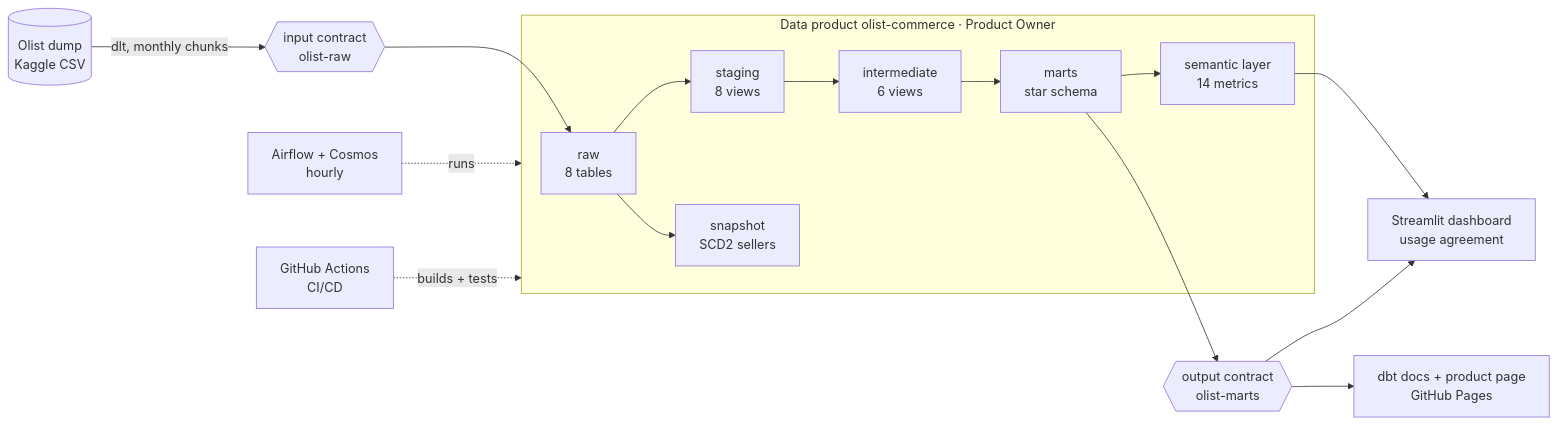
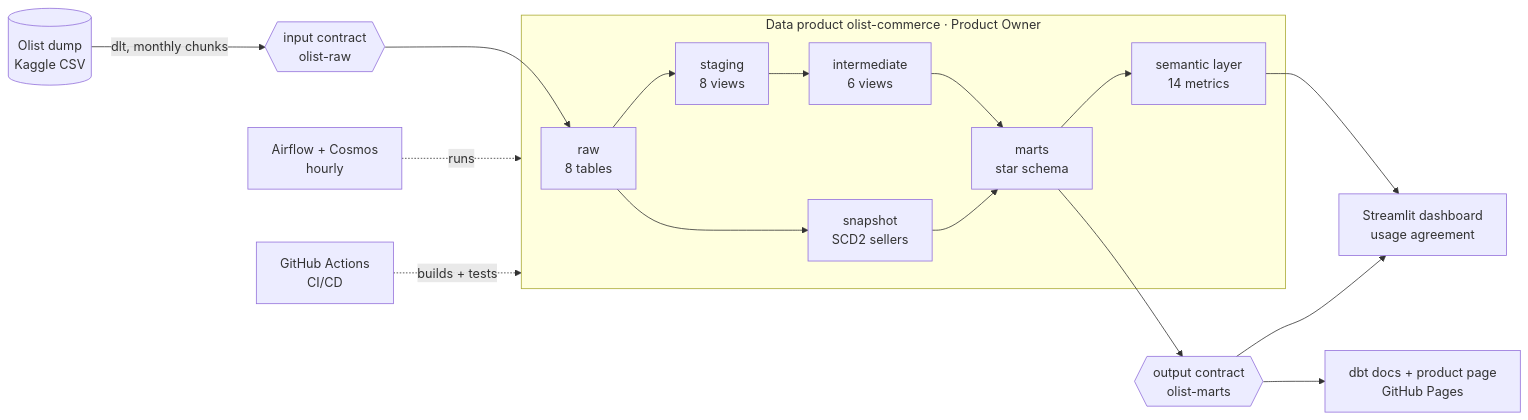
The first of 4 diagrams in README.md (ShuCiG/olist-analytics-dbt), drawn with Mermaid before and after one commit. The commit also changed other lines of this file and 6 other files, not shown here.

````diff
--- a/README.md
+++ b/README.md
@@ -77,19 +77,19 @@
 ```mermaid
 flowchart LR
     kaggle[(Olist dump<br/>Kaggle CSV)] -->|dlt, monthly chunks| ic{{input contract<br/>olist-raw}}
     ic --> raw
 
     subgraph product[Data product olist-commerce · Product Owner]
         raw[raw<br/>8 tables] --> staging[staging<br/>8 views] --> intermediate[intermediate<br/>6 views] --> marts[marts<br/>star schema]
         marts --> metrics[semantic layer<br/>14 metrics]
-        raw --> snap[snapshot<br/>SCD2 sellers]
+        raw --> snap[snapshot<br/>SCD2 sellers] --> marts
     end
 
     marts --> oc{{output contract<br/>olist-marts}}
     oc --> dash[Streamlit dashboard<br/>usage agreement]
     metrics --> dash
     oc --> docs[dbt docs + product page<br/>GitHub Pages]
 
     airflow[Airflow + Cosmos<br/>hourly] -. runs .-> product
     ci[GitHub Actions<br/>CI/CD] -. builds + tests .-> product
 ```
````
